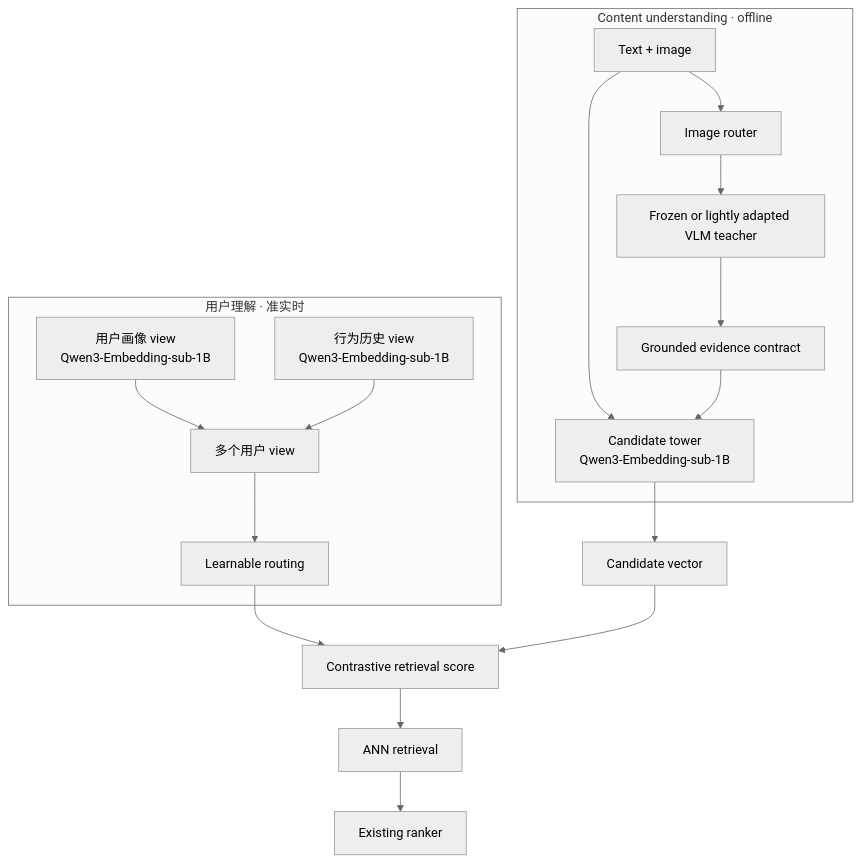
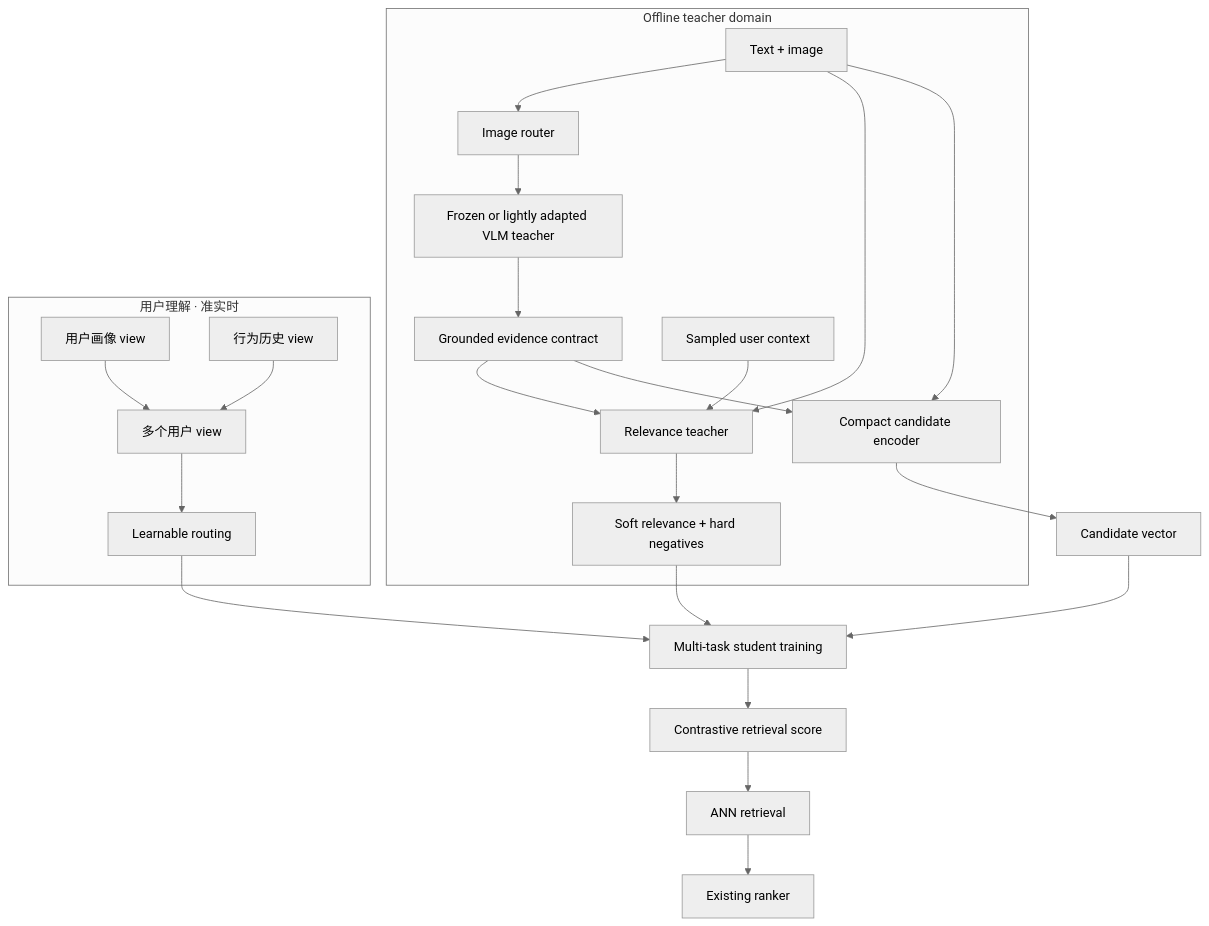
One commit to tianyi-zhang-02/cooking-agi changed the second of 3 diagrams in practice/recommender-systems/noise-to-signal-retrieval.md. Above: the diagram before and after it, drawn with Mermaid (neutral theme). The commit also changed other lines of this file and 3 other files, not shown here.

````diff
--- a/practice/recommender-systems/noise-to-signal-retrieval.md
+++ b/practice/recommender-systems/noise-to-signal-retrieval.md
@@ -105,20 +125,26 @@
 ```mermaid
 flowchart TB
-    subgraph C["Content understanding · offline"]
+    subgraph C["Offline teacher domain"]
         A["Text + image"] --> B["Image router"]
         B --> C1["Frozen or lightly adapted VLM teacher"]
         C1 --> D["Grounded evidence contract"]
-        A --> E["Candidate tower<br/>Qwen3-Embedding-sub-1B"]
+        U0["Sampled user context"] --> T["Relevance teacher"]
+        A --> T
+        D --> T
+        T --> S["Soft relevance + hard negatives"]
+        A --> E["Compact candidate encoder"]
         D --> E
     end
     subgraph U["用户理解 · 准实时"]
-        F["用户画像 view<br/>Qwen3-Embedding-sub-1B"] --> H["多个用户 view"]
-        G["行为历史 view<br/>Qwen3-Embedding-sub-1B"] --> H
+        F["用户画像 view"] --> H["多个用户 view"]
+        G["行为历史 view"] --> H
         H --> I["Learnable routing"]
     end
+    S --> R["Multi-task student training"]
     E --> J["Candidate vector"]
-    I --> K["Contrastive retrieval score"]
-    J --> K
+    I --> R
+    J --> R
+    R --> K["Contrastive retrieval score"]
     K --> L["ANN retrieval"]
     L --> M["Existing ranker"]
 ```
````
